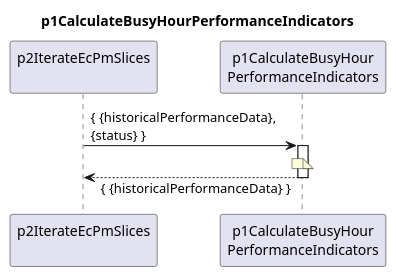
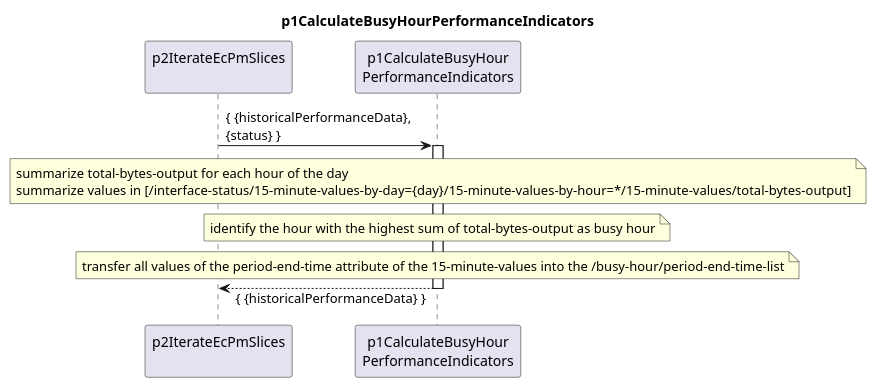
The diagram in spec/Functions/p1StreamPmData/p2ProcessDevice/p2CreateResultCc/p2IterateEcPmSlices/p1CalculateBusyHourPerformanceIndicators/1.0.0/p1CalculateBusyHourPerformanceIndicators.plantuml (openBackhaul/DevicePerformanceManagementDataProcessor), drawn with PlantUML before and after one commit. The commit also changed 16 other files, not shown here.

Commit message:
Specify bh 50% changes in p1CalculateBusyHourPerformanceIndicators

```diff
--- a/spec/Functions/p1StreamPmData/p2ProcessDevice/p2CreateResultCc/p2IterateEcPmSlices/p1CalculateBusyHourPerformanceIndicators/1.0.0/p1CalculateBusyHourPerformanceIndicators.plantuml
+++ b/spec/Functions/p1StreamPmData/p2ProcessDevice/p2CreateResultCc/p2IterateEcPmSlices/p1CalculateBusyHourPerformanceIndicators/1.0.0/p1CalculateBusyHourPerformanceIndicators.plantuml
@@ -1,23 +1,33 @@
 @startuml p1CalculateBusyHourPerformanceIndicators
 skinparam responseMessageBelowArrow true
 
 title
   p1CalculateBusyHourPerformanceIndicators
 end title
 
 participant "p2IterateEcPmSlices\n" as requestor
 participant "p1CalculateBusyHour\nPerformanceIndicators" as calBh
 
 requestor -> calBh : { {historicalPerformanceData},\n{status} }
 activate calBh
 
-    note over calBh
-      
-    end note
+  note over calBh
+    summarize total-bytes-output for each hour of the day
+    summarize values in [/interface-status/15-minute-values-by-day={day}/15-minute-values-by-hour=*/15-minute-values/total-bytes-output]
+  end note
+
+  note over calBh
+    identify the hour with the highest sum of total-bytes-output as busy hour
+  end note
+
+  note over calBh
+    transfer all values of the period-end-time attribute of the 15-minute-values into the /busy-hour/period-end-time-list
+  end note
+
 
 requestor <-- calBh : { {historicalPerformanceData} }
 deactivate calBh
 
 deactivate requestor
 
 @enduml
```
